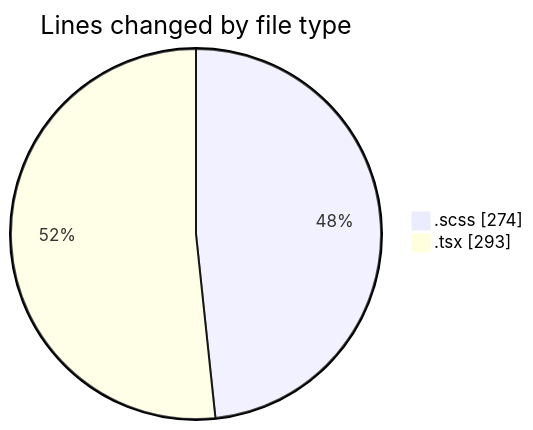
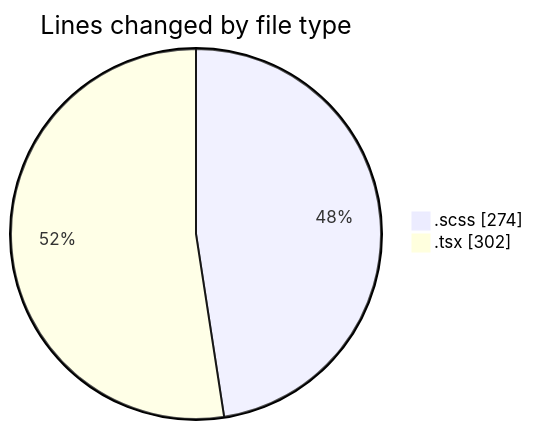
One commit to momahboobian/code-tracking changed the first of 2 diagrams in 2025-03-04/cda/README.md. Above: the diagram before and after it, drawn with Mermaid. The commit also changed other lines of this file and 1 other file, not shown here.

````diff
--- a/2025-03-04/cda/README.md
+++ b/2025-03-04/cda/README.md
@@ -24,6 +24,6 @@
 ```mermaid
 pie showData
 title Lines changed by file type
 ".scss" : 274
-".tsx" : 293
+".tsx" : 302
 ```
````
